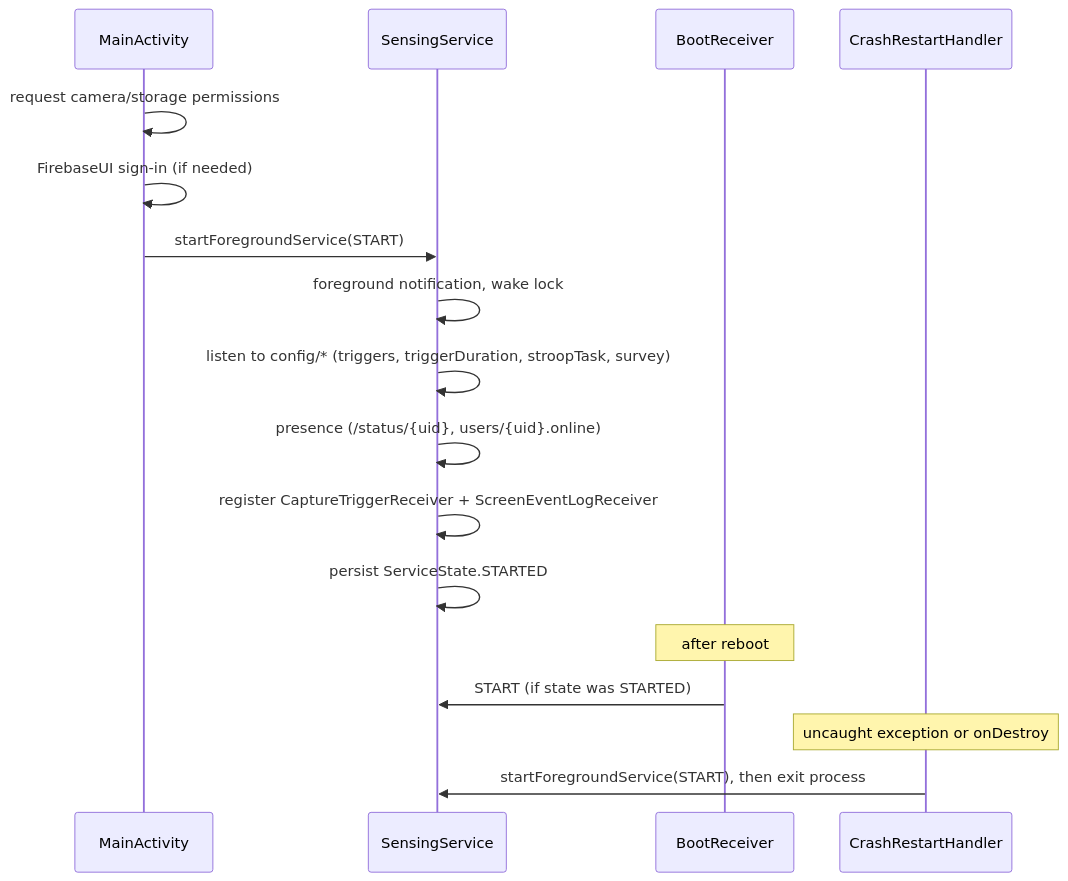
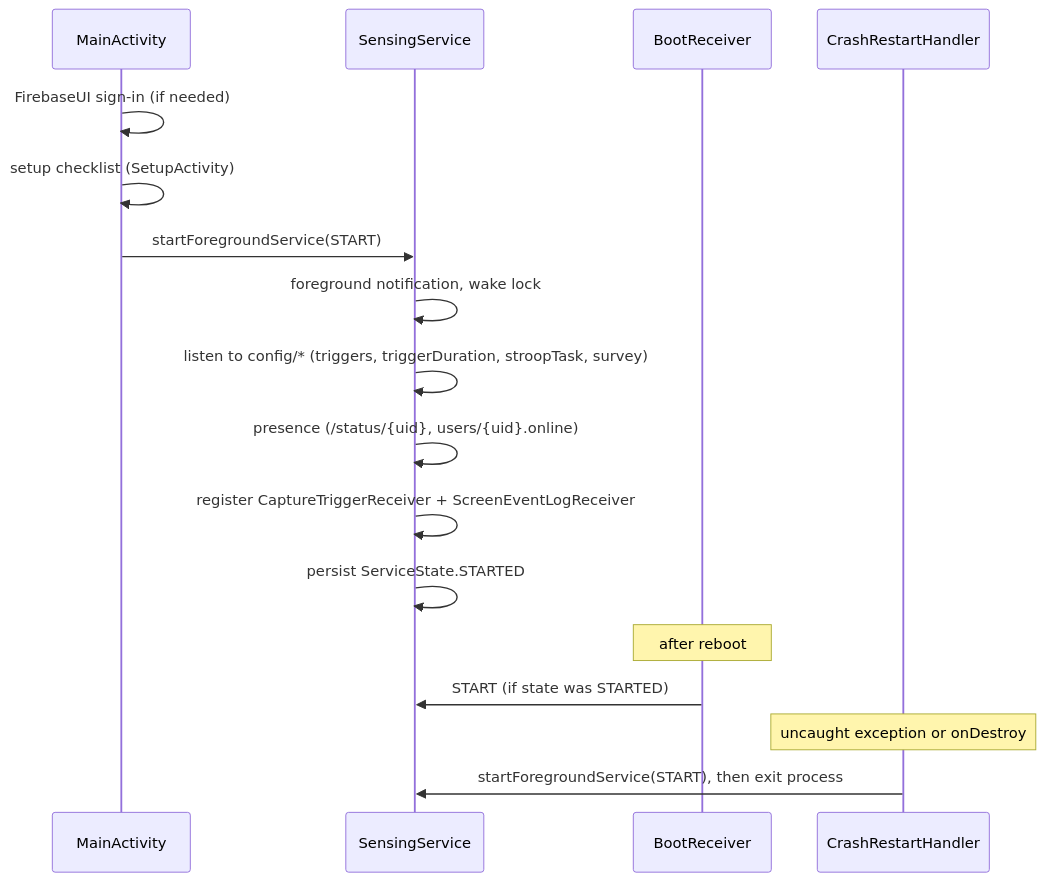
The second of 2 diagrams in docs/architecture.md (rahul-islam/FacePsy), drawn with Mermaid before and after one commit. The commit also changed other lines of this file and 30 other files, not shown here.

````diff
--- a/docs/architecture.md
+++ b/docs/architecture.md
@@ -54,19 +72,19 @@
 ```mermaid
 sequenceDiagram
     participant M as MainActivity
     participant S as SensingService
     participant B as BootReceiver
     participant C as CrashRestartHandler
-    M->>M: request camera/storage permissions
     M->>M: FirebaseUI sign-in (if needed)
+    M->>M: setup checklist (SetupActivity)
     M->>S: startForegroundService(START)
     S->>S: foreground notification, wake lock
     S->>S: listen to config/* (triggers, triggerDuration, stroopTask, survey)
     S->>S: presence (/status/{uid}, users/{uid}.online)
     S->>S: register CaptureTriggerReceiver + ScreenEventLogReceiver
     S->>S: persist ServiceState.STARTED
     Note over B: after reboot
     B->>S: START (if state was STARTED)
     Note over C: uncaught exception or onDestroy
     C->>S: startForegroundService(START), then exit process
 ```
````
